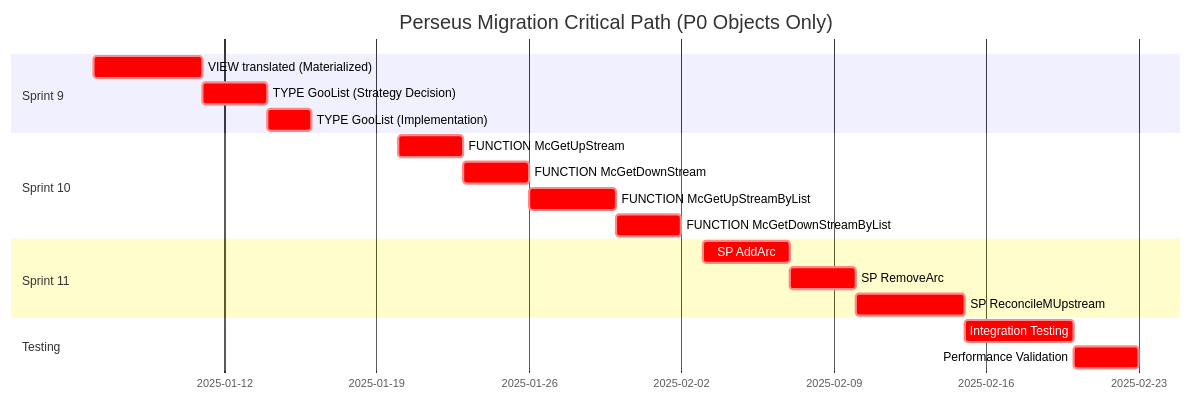
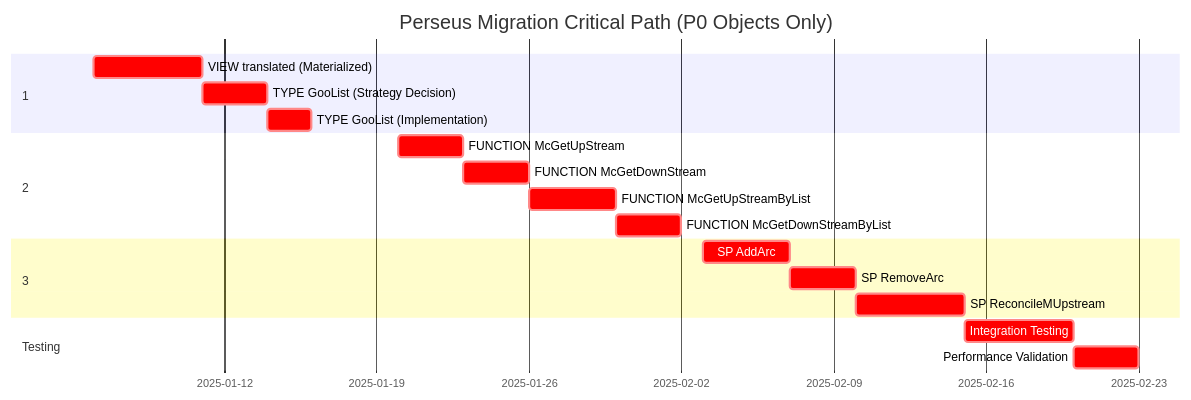
Before and after one commit to pierreribeiro/olympios: the third of 7 diagrams in docs/code-analysis/dependency-analysis-consolidated.md, drawn with Mermaid. The commit also changed other lines of this file and 9 other files, not shown here.

````diff
--- a/docs/code-analysis/dependency-analysis-consolidated.md
+++ b/docs/code-analysis/dependency-analysis-consolidated.md
@@ -387,21 +387,21 @@
 ```mermaid
 gantt
     title Perseus Migration Critical Path (P0 Objects Only)
     dateFormat  YYYY-MM-DD
-    section Sprint 9
+    section 1
     VIEW translated (Materialized)           :crit, p0_view, 2025-01-06, 5d
     TYPE GooList (Strategy Decision)         :crit, p0_type, after p0_view, 3d
     TYPE GooList (Implementation)            :crit, after p0_type, 2d
-    section Sprint 10
+    section 2
     FUNCTION McGetUpStream                   :crit, p0_f1, 2025-01-20, 3d
     FUNCTION McGetDownStream                 :crit, p0_f2, after p0_f1, 3d
     FUNCTION McGetUpStreamByList             :crit, p0_f3, after p0_f2, 4d
     FUNCTION McGetDownStreamByList           :crit, p0_f4, after p0_f3, 3d
-    section Sprint 11
+    section 3
     SP AddArc                                :crit, p0_sp1, 2025-02-03, 4d
     SP RemoveArc                             :crit, p0_sp2, after p0_sp1, 3d
     SP ReconcileMUpstream                    :crit, p0_sp3, after p0_sp2, 5d
     section Testing
     Integration Testing                       :crit, test, after p0_sp3, 5d
     Performance Validation                    :crit, perf, after test, 3d
 ```
````
